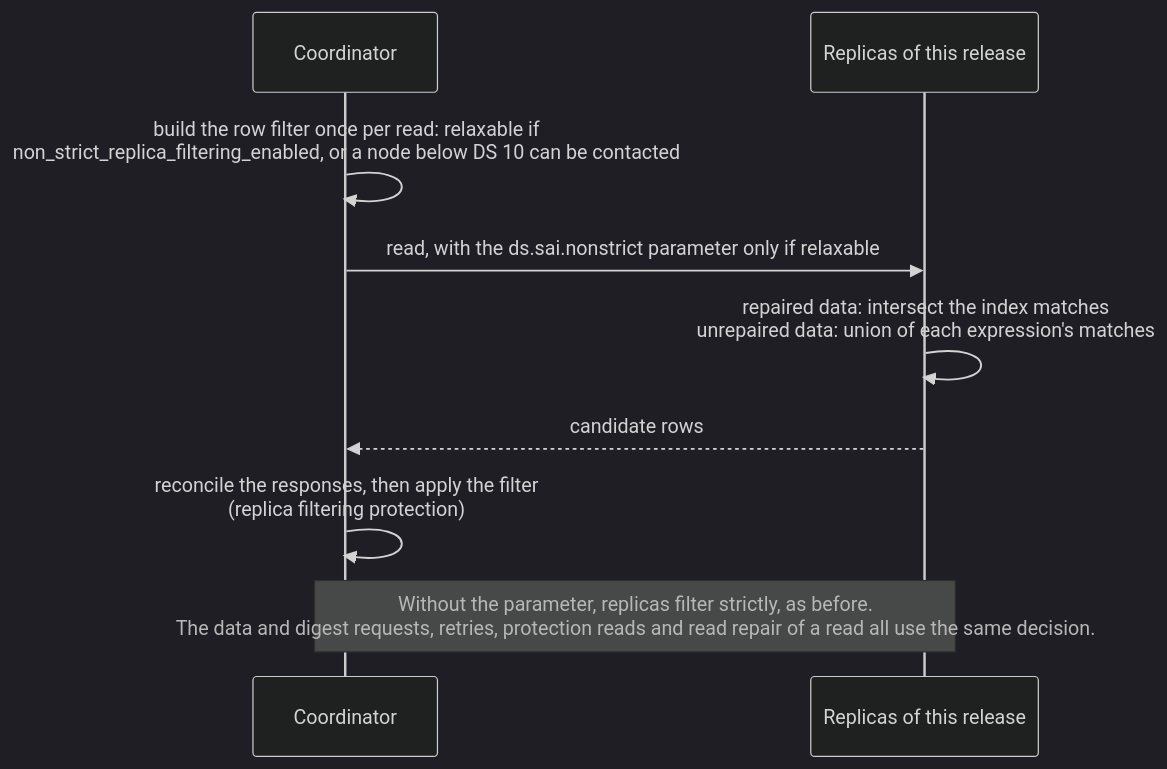
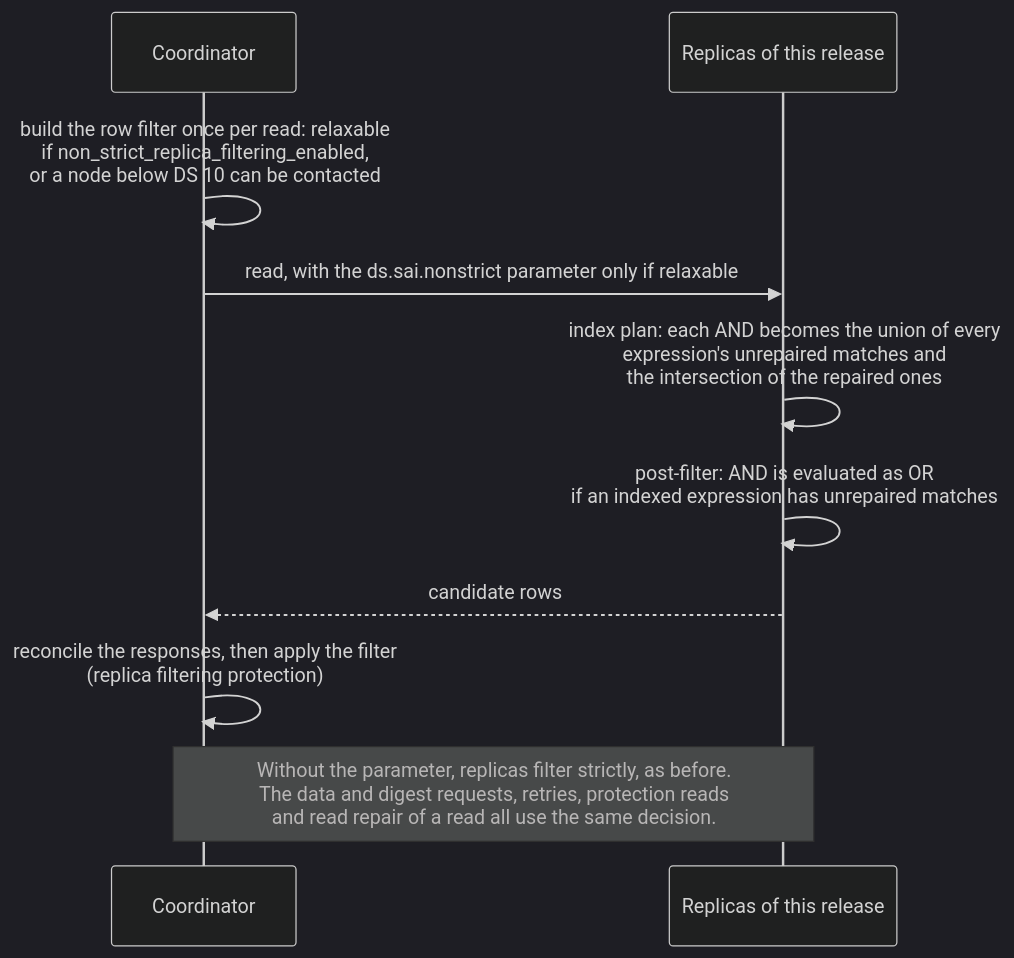
The third of 7 diagrams in sai-apache-ports/README.md (JeremiahDJordan/ai-review-guides), drawn with Mermaid (dark theme) before and after one commit. The commit also changed other lines of this file and 6 other files, not shown here.

````diff
--- a/sai-apache-ports/README.md
+++ b/sai-apache-ports/README.md
@@ -120,11 +159,12 @@
 ```mermaid
 sequenceDiagram
     participant C as Coordinator
     participant R as Replicas of this release
-    C->>C: build the row filter once per read: relaxable if<br/>non_strict_replica_filtering_enabled, or a node below DS 10 can be contacted
+    C->>C: build the row filter once per read: relaxable<br/>if non_strict_replica_filtering_enabled,<br/>or a node below DS 10 can be contacted
     C->>R: read, with the ds.sai.nonstrict parameter only if relaxable
-    R->>R: repaired data: intersect the index matches<br/>unrepaired data: union of each expression's matches
+    R->>R: index plan: each AND becomes the union of every<br/>expression's unrepaired matches and<br/>the intersection of the repaired ones
+    R->>R: post-filter: AND is evaluated as OR<br/>if an indexed expression has unrepaired matches
     R-->>C: candidate rows
     C->>C: reconcile the responses, then apply the filter<br/>(replica filtering protection)
-    Note over C,R: Without the parameter, replicas filter strictly, as before.<br/>The data and digest requests, retries, protection reads and read repair of a read all use the same decision.
+    Note over C,R: Without the parameter, replicas filter strictly, as before.<br/>The data and digest requests, retries, protection reads<br/>and read repair of a read all use the same decision.
 ```
````
